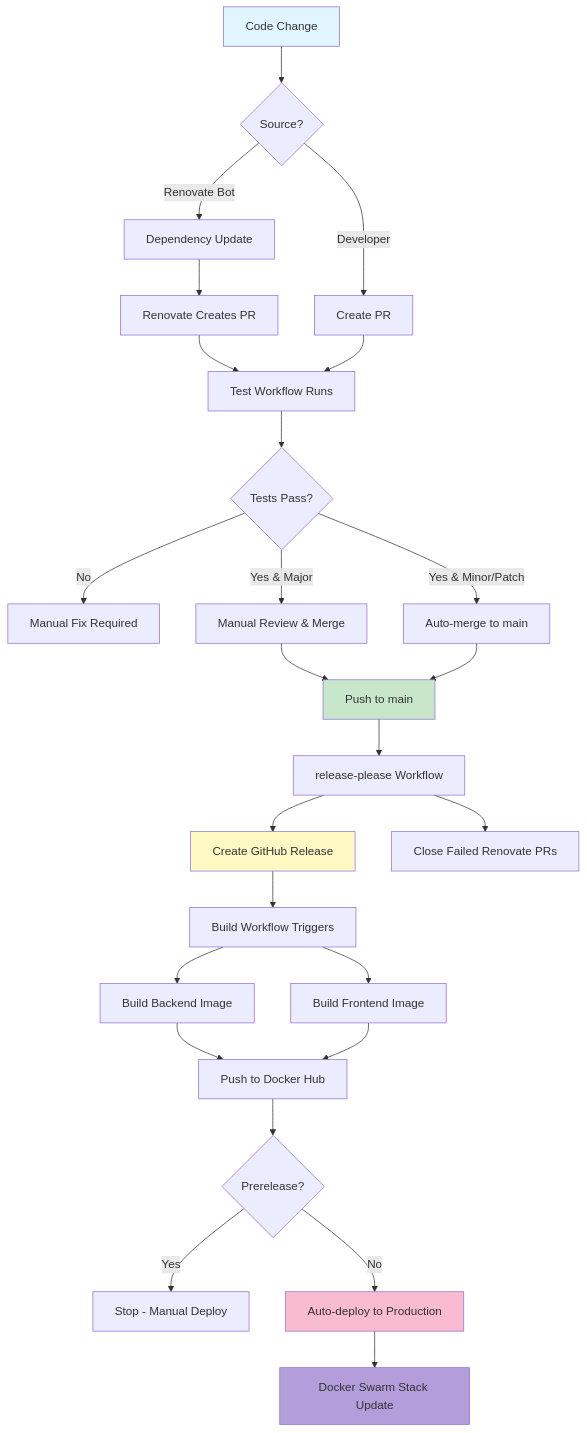
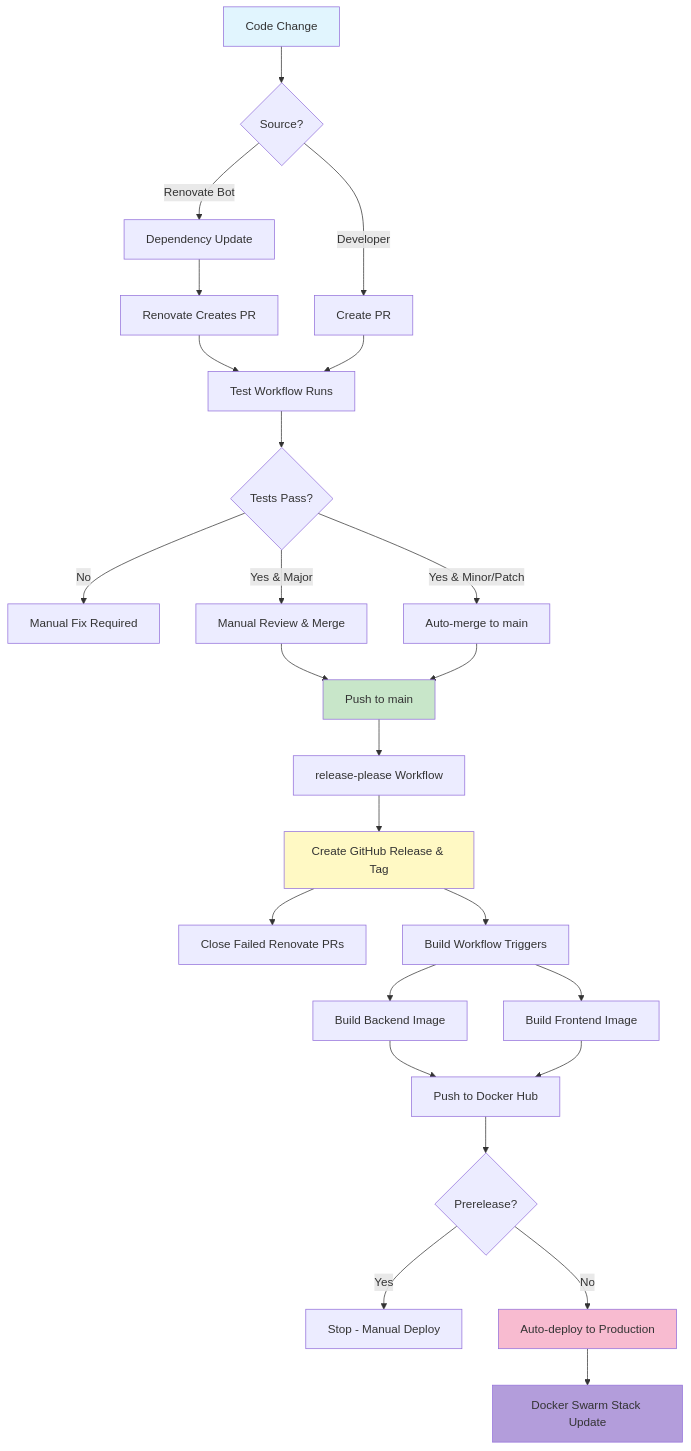
Before and after one commit to goatheckler/cr-browser: the diagram in README.md, drawn with Mermaid. The commit also changed other lines of this file, not shown here.

First line of the commit message:
docs: update CI/CD diagram to reflect direct release creation

````diff
--- a/README.md
+++ b/README.md
@@ -113,42 +113,42 @@
 ```mermaid
 flowchart TD
     A[Code Change] --> B{Source?}
     B -->|Developer| C[Create PR]
     B -->|Renovate Bot| D[Dependency Update]
     
     D --> E[Renovate Creates PR]
     E --> F[Test Workflow Runs]
     
     C --> F
     
     F --> G{Tests Pass?}
     G -->|No| H[Manual Fix Required]
     G -->|Yes & Minor/Patch| I[Auto-merge to main]
     G -->|Yes & Major| J[Manual Review & Merge]
     
     J --> K[Push to main]
     I --> K
     
     K --> L[release-please Workflow]
-    L --> M[Create GitHub Release]
-    L --> N[Close Failed Renovate PRs]
+    L --> M[Create GitHub Release & Tag]
     
+    M --> N[Close Failed Renovate PRs]
     M --> O[Build Workflow Triggers]
     O --> P[Build Backend Image]
     O --> Q[Build Frontend Image]
     
     P --> R[Push to Docker Hub]
     Q --> R
     
     R --> S{Prerelease?}
     S -->|Yes| T[Stop - Manual Deploy]
     S -->|No| U[Auto-deploy to Production]
     
     U --> V[Docker Swarm Stack Update]
     
     style A fill:#e1f5fe
     style K fill:#c8e6c9
     style M fill:#fff9c4
     style U fill:#f8bbd0
     style V fill:#b39ddb
 ```
````
